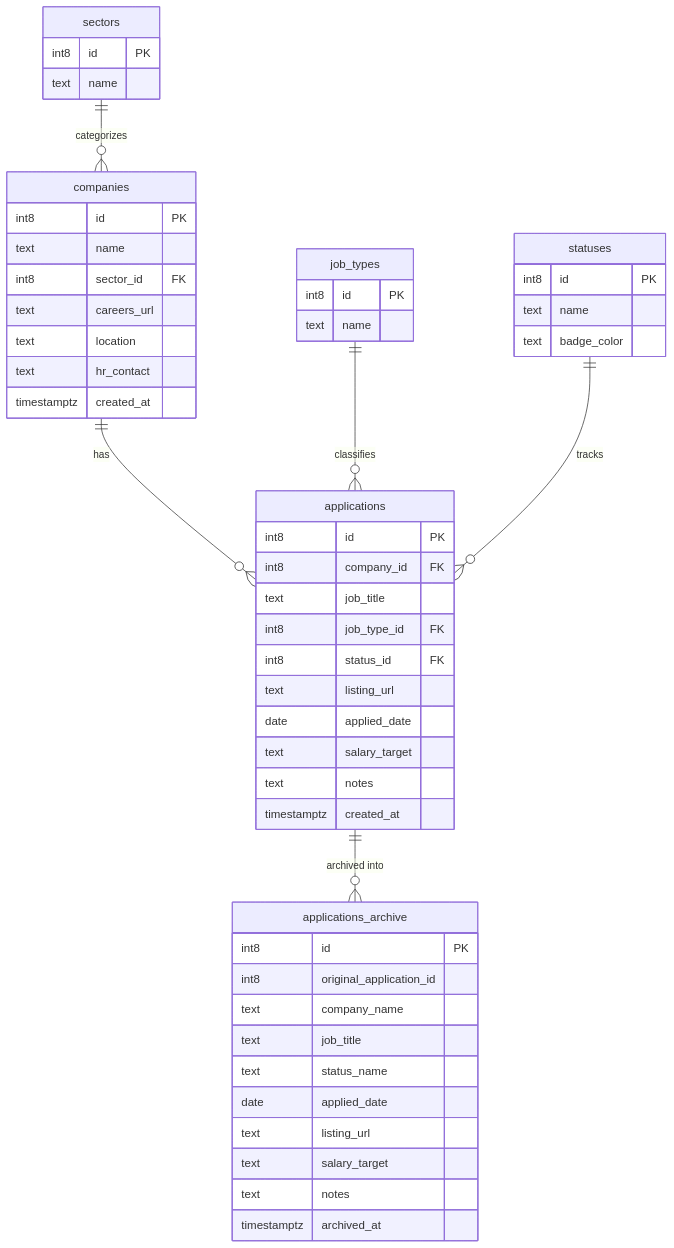
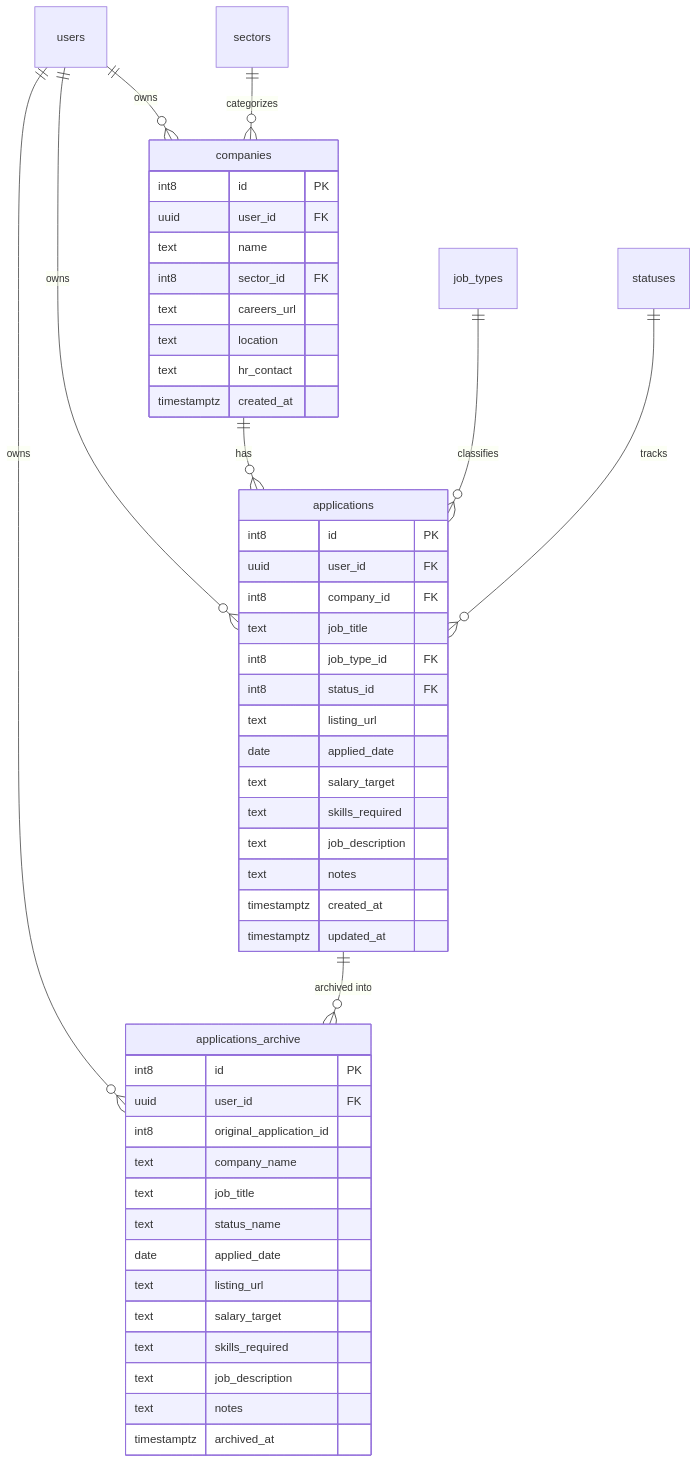
The diagram in readme.md (NearXkie/job-tracker), drawn with Mermaid before and after one commit. The commit also changed other lines of this file, not shown here.

Commit message:
docs: update README with 2-step OTP auth, RLS schema, and feature guide

````diff
--- a/readme.md
+++ b/readme.md
@@ -72,60 +77,55 @@
 ```mermaid
 erDiagram
+    users ||--o{ companies : "owns"
+    users ||--o{ applications : "owns"
+    users ||--o{ applications_archive : "owns"
     sectors ||--o{ companies : "categorizes"
     companies ||--o{ applications : "has"
     job_types ||--o{ applications : "classifies"
     statuses ||--o{ applications : "tracks"
     applications ||--o{ applications_archive : "archived into"
 
-    sectors {
-        int8 id PK
-        text name
-    }
-
-    job_types {
-        int8 id PK
-        text name
-    }
-
-    statuses {
-        int8 id PK
-        text name
-        text badge_color
-    }
-
     companies {
         int8 id PK
+        uuid user_id FK
         text name
         int8 sector_id FK
         text careers_url
         text location
         text hr_contact
         timestamptz created_at
     }
 
     applications {
         int8 id PK
+        uuid user_id FK
         int8 company_id FK
         text job_title
         int8 job_type_id FK
         int8 status_id FK
         text listing_url
         date applied_date
         text salary_target
+        text skills_required
+        text job_description
         text notes
         timestamptz created_at
+        timestamptz updated_at
     }
 
     applications_archive {
         int8 id PK
+        uuid user_id FK
         int8 original_application_id
         text company_name
         text job_title
         text status_name
         date applied_date
         text listing_url
         text salary_target
+        text skills_required
+        text job_description
         text notes
         timestamptz archived_at
     }
 ```
````
